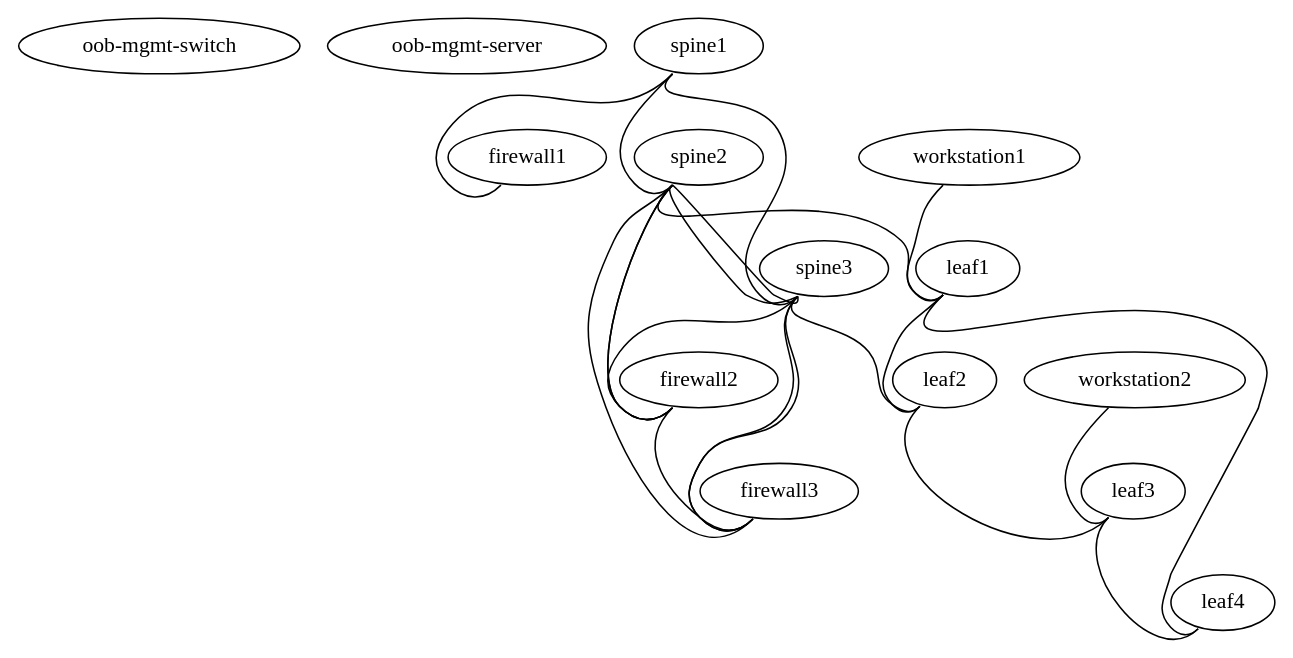
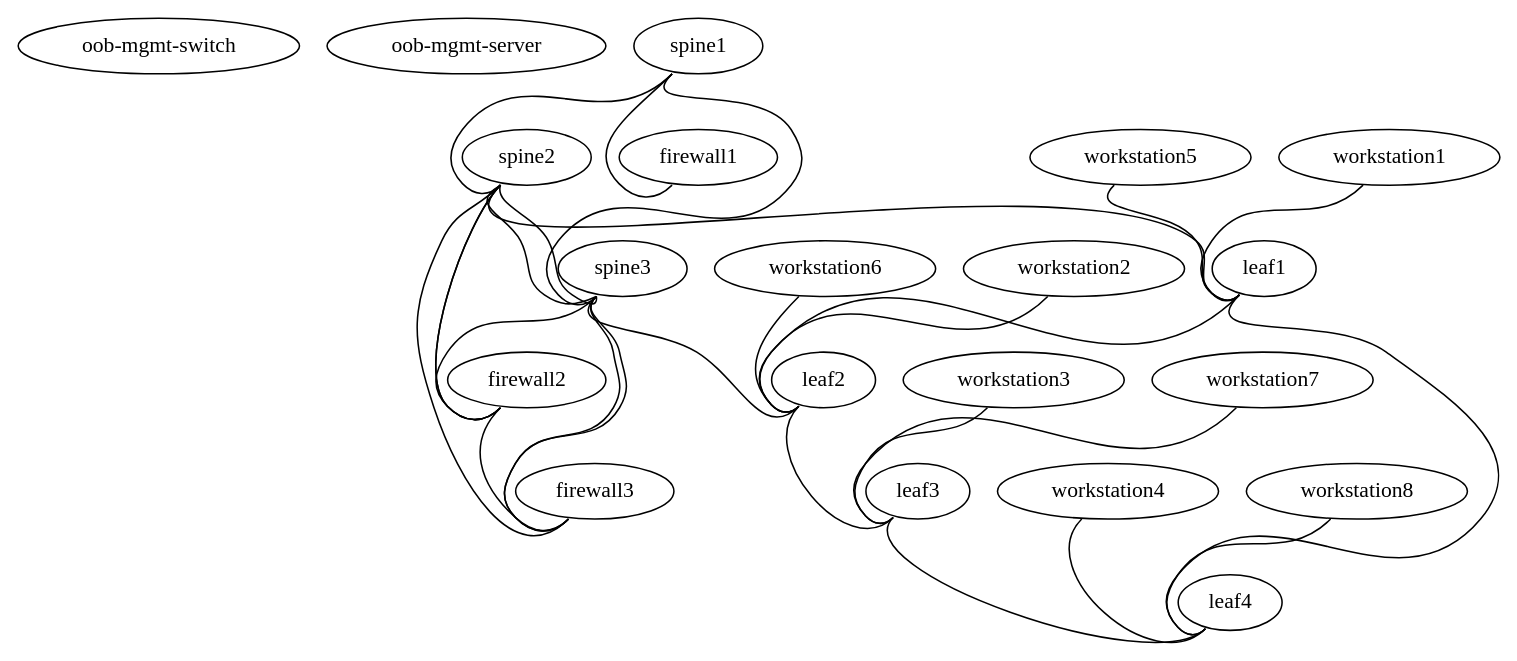
One commit to naturalis/oss-network-demo changed the diagram in demo.dot. Above: the diagram before and after it, drawn with Graphviz.

```diff
--- a/demo.dot
+++ b/demo.dot
@@ -1,47 +1,53 @@
 graph demo {
  "oob-mgmt-switch" [function="oob-switch" config="./helper_scripts/oob_switch_config.sh" mgmt_ip="192.168.200.100"]
  "oob-mgmt-server" [function="oob-server" mgmt_ip="192.168.200.254/24"]
 
  "firewall1" [function="fake"]
  "firewall2" [function="fake"]
  "firewall3" [function="fake"]
  "workstation1" [function="fake"]
  "workstation2" [function="fake"]
 
  "spine1" [function="spine" config="./helper_scripts/extra_switch_config.sh" mgmt_ip="192.168.200.1"]
  "spine2" [function="spine" config="./helper_scripts/extra_switch_config.sh" mgmt_ip="192.168.200.2"]
  "spine3" [function="spine" config="./helper_scripts/extra_switch_config.sh" mgmt_ip="192.168.200.3"]
   
  "leaf1" [function="leaf" config="./helper_scripts/extra_switch_config.sh" mgmt_ip="192.168.200.10"]
  "leaf2" [function="leaf" config="./helper_scripts/extra_switch_config.sh" mgmt_ip="192.168.200.20"]
  "leaf3" [function="leaf" config="./helper_scripts/extra_switch_config.sh" mgmt_ip="192.168.200.30"]
  "leaf4" [function="leaf" config="./helper_scripts/extra_switch_config.sh" mgmt_ip="192.168.200.40"]
 
    "spine1":"swp52" -- "firewall1":"swp1"
    "spine1":"swp1" -- "spine2":"swp52"
    "spine1":"swp2" -- "spine3":"swp52"
    
    "spine2":"swp45" -- "firewall2":"swp2"
    "spine2":"swp46" -- "firewall2":"swp3"
    "spine2":"swp47" -- "firewall3":"swp5"
       
    "spine3":"swp45" -- "firewall3":"swp2"
    "spine3":"swp46" -- "firewall2":"swp5"
    "spine3":"swp47" -- "firewall3":"swp3"
    
    "firewall2":"swp4" -- "firewall3":"swp4"
 
    "spine2":"swp49" -- "spine3":"swp49"
    "spine2":"swp50" -- "spine3":"swp50"
 
    "spine2":"swp1" -- "leaf1":"swp52"
    "spine3":"swp1" -- "leaf2":"swp52"
 
    "leaf1":"swp50" -- "leaf2":"swp50"
    "leaf3":"swp50" -- "leaf4":"swp50"
    "leaf1":"swp49" -- "leaf4":"swp52"
    "leaf2":"swp49" -- "leaf3":"swp52"
    
    "workstation1":"swp1" -- "leaf1":"swp1"
-   "workstation2":"swp1" -- "leaf3":"swp1"
+   "workstation2":"swp1" -- "leaf2":"swp1"
+   "workstation3":"swp1" -- "leaf3":"swp1"
+   "workstation4":"swp1" -- "leaf4":"swp1"
+   "workstation5":"swp1" -- "leaf1":"swp2"
+   "workstation6":"swp1" -- "leaf2":"swp2"
+   "workstation7":"swp1" -- "leaf3":"swp2"
+   "workstation8":"swp1" -- "leaf4":"swp2"
 }
```
